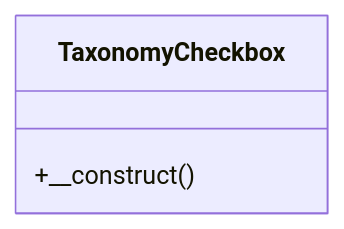
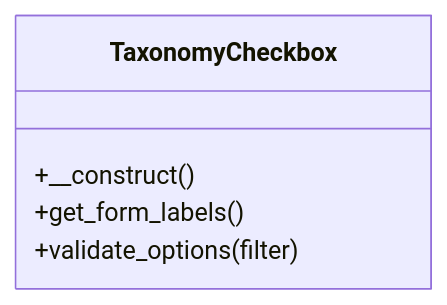
The diagram in docs/phpdoc/classes/Tainacan/Filter_Types/TaxonomyCheckbox.mmd (tainacan/tainacan), drawn with Mermaid before and after one commit. The commit also changed 4 other files, not shown here.

```diff
--- a/docs/phpdoc/classes/Tainacan/Filter_Types/TaxonomyCheckbox.mmd
+++ b/docs/phpdoc/classes/Tainacan/Filter_Types/TaxonomyCheckbox.mmd
@@ -1,5 +1,7 @@
 classDiagram
     direction TB
     class TaxonomyCheckbox {
         +__construct()
+        +get_form_labels()
+        +validate_options(filter)
     }
```
